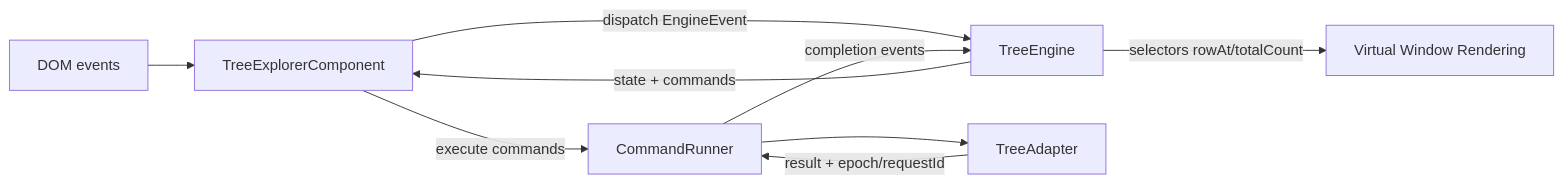
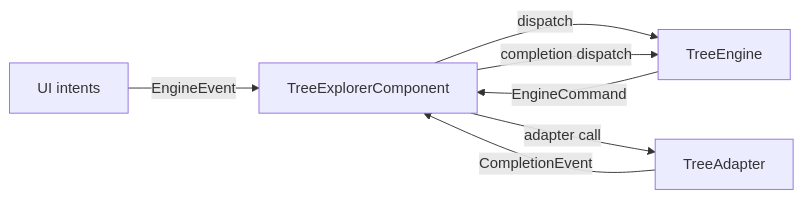
One commit to Robertcl795/tree-explorer changed the first of 3 diagrams in docs/ARCHITECTURE_OVERVIEW.md. Above: the diagram before and after it, drawn with Mermaid. The commit also changed other lines of this file and 19 other files, not shown here.

````diff
--- a/docs/ARCHITECTURE_OVERVIEW.md
+++ b/docs/ARCHITECTURE_OVERVIEW.md
@@ -50,11 +163,9 @@
 ```mermaid
 flowchart LR
-  UI[DOM events] --> CMP[TreeExplorerComponent]
-  CMP -->|dispatch EngineEvent| ENG[TreeEngine]
-  ENG -->|state + commands| CMP
-  CMP -->|execute commands| RUN[CommandRunner]
-  RUN --> ADP[TreeAdapter]
-  ADP -->|result + epoch/requestId| RUN
-  RUN -->|completion events| ENG
-  ENG -->|selectors rowAt/totalCount| RENDER[Virtual Window Rendering]
+  UI[UI intents] -->|EngineEvent| HOST[TreeExplorerComponent]
+  HOST -->|dispatch| ENG[TreeEngine]
+  ENG -->|EngineCommand| HOST
+  HOST -->|adapter call| ADP[TreeAdapter]
+  ADP -->|CompletionEvent| HOST
+  HOST -->|completion dispatch| ENG
 ```
````
